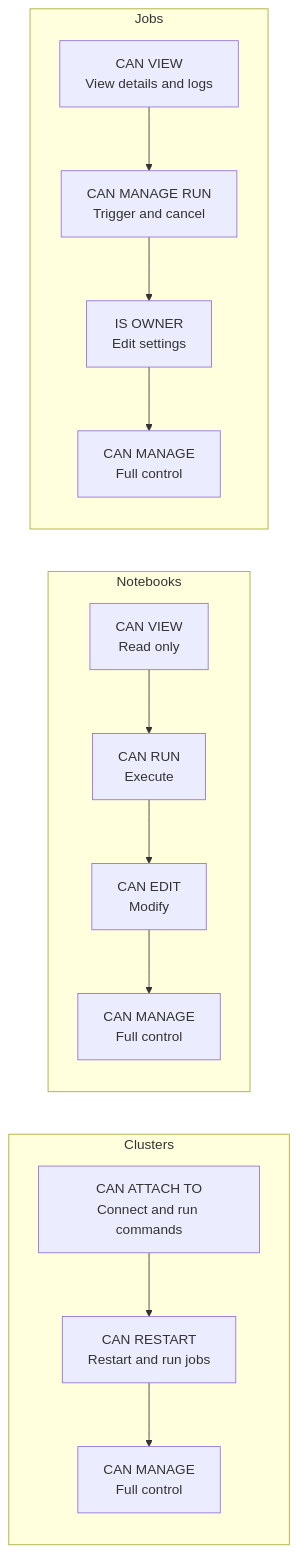
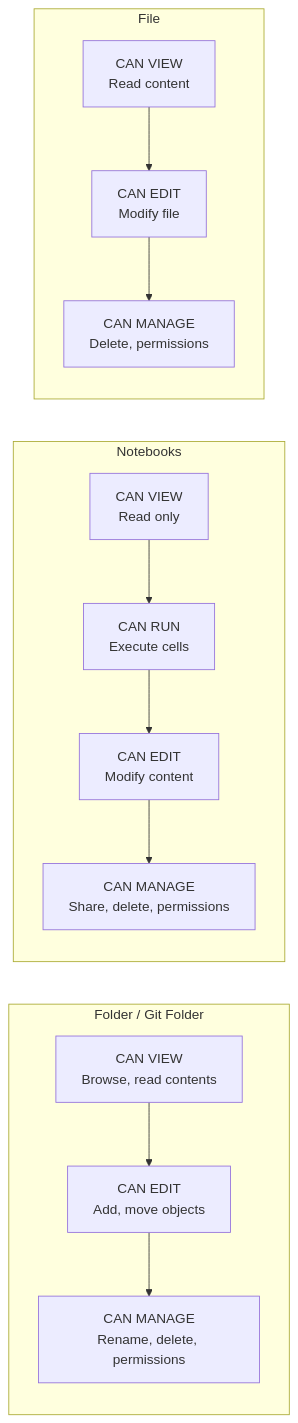
One commit to prati08/databricks-rbac changed the fourth of 14 diagrams in Databricks_workspace.md. Above: the diagram before and after it, drawn with Mermaid. The commit also changed other lines of this file, not shown here.

````diff
--- a/Databricks_workspace.md
+++ b/Databricks_workspace.md
@@ -87,17 +87,17 @@
 ```mermaid
 flowchart LR
-    subgraph Clusters
+    subgraph FolderGit["Folder / Git Folder"]
         direction TB
-        C1["CAN ATTACH TO<br/>Connect and run commands"] --> C2["CAN RESTART<br/>Restart and run jobs"] --> C3["CAN MANAGE<br/>Full control"]
+        FG1["CAN VIEW<br/>Browse, read contents"] --> FG2["CAN EDIT<br/>Add, move objects"] --> FG3["CAN MANAGE<br/>Rename, delete, permissions"]
     end
 
     subgraph Notebooks
         direction TB
-        N1["CAN VIEW<br/>Read only"] --> N2["CAN RUN<br/>Execute"] --> N3["CAN EDIT<br/>Modify"] --> N4["CAN MANAGE<br/>Full control"]
+        N1["CAN VIEW<br/>Read only"] --> N2["CAN RUN<br/>Execute cells"] --> N3["CAN EDIT<br/>Modify content"] --> N4["CAN MANAGE<br/>Share, delete, permissions"]
     end
 
-    subgraph Jobs
+    subgraph FileRes["File"]
         direction TB
-        J1["CAN VIEW<br/>View details and logs"] --> J2["CAN MANAGE RUN<br/>Trigger and cancel"] --> J3["IS OWNER<br/>Edit settings"] --> J4["CAN MANAGE<br/>Full control"]
+        FL1["CAN VIEW<br/>Read content"] --> FL2["CAN EDIT<br/>Modify file"] --> FL3["CAN MANAGE<br/>Delete, permissions"]
     end
 ```
````
